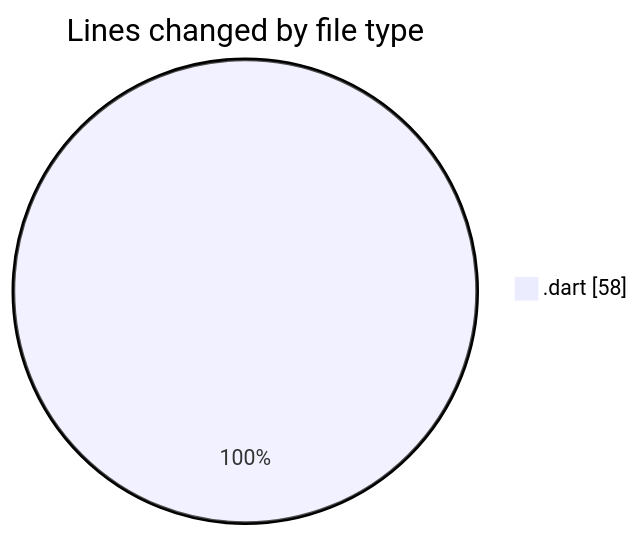
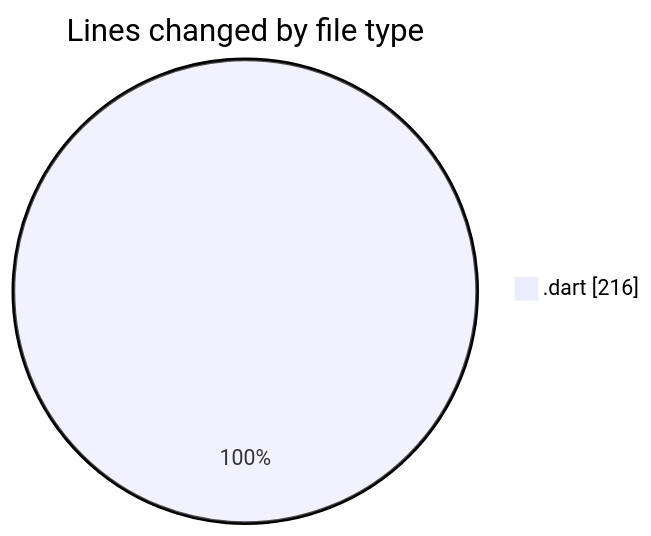
The first of 2 diagrams in 2025-01-02/uber_clone/README.md (donsfak/code-tracking), drawn with Mermaid before and after one commit. The commit also changed other lines of this file and 1 other file, not shown here.

````diff
--- a/2025-01-02/uber_clone/README.md
+++ b/2025-01-02/uber_clone/README.md
@@ -21,5 +21,5 @@
 ```mermaid
 pie showData
 title Lines changed by file type
-".dart" : 58
+".dart" : 216
 ```
````
